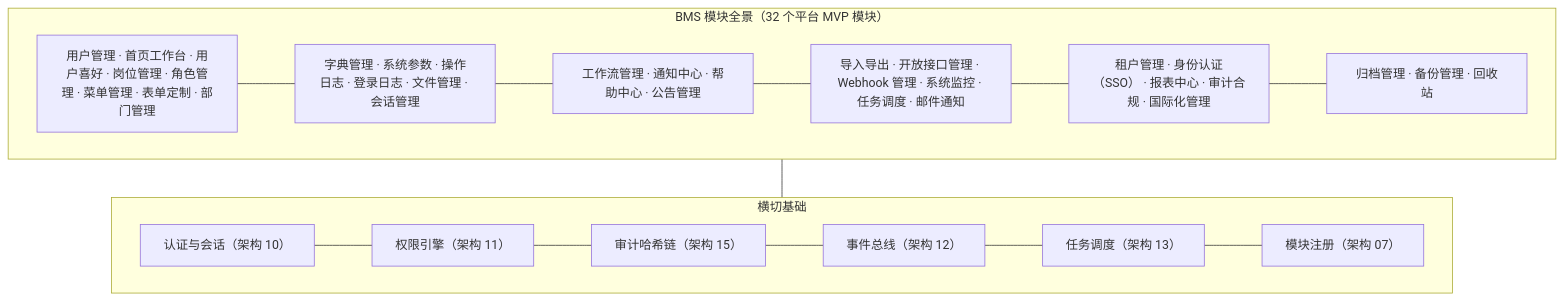
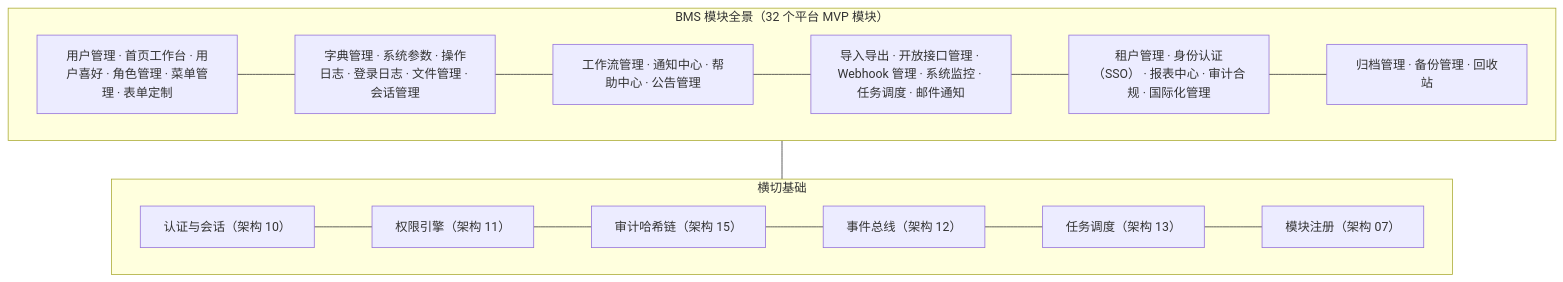
One commit to minjian123/basic-management-system changed the diagram in bms文档/设计/概要设计/01_概要设计_总览.md. Above: the diagram before and after it, drawn with Mermaid. The commit also changed other lines of this file and 41 other files, not shown here.

````diff
--- a/bms文档/设计/概要设计/01_概要设计_总览.md
+++ b/bms文档/设计/概要设计/01_概要设计_总览.md
@@ -108,22 +108,22 @@
 ```mermaid
 graph TD
     subgraph MOD["BMS 模块全景（32 个平台 MVP 模块）"]
-        G1["用户管理 · 首页工作台 · 用户喜好 · 岗位管理 · 角色管理 · 菜单管理 · 表单定制 · 部门管理"]
+        G1["用户管理 · 首页工作台 · 用户喜好 · 角色管理 · 菜单管理 · 表单定制"]
         G4["字典管理 · 系统参数 · 操作日志 · 登录日志 · 文件管理 · 会话管理"]
         G5["工作流管理 · 通知中心 · 帮助中心 · 公告管理"]
         G6["导入导出 · 开放接口管理 · Webhook 管理 · 系统监控 · 任务调度 · 邮件通知"]
         G7["租户管理 · 身份认证（SSO） · 报表中心 · 审计合规 · 国际化管理"]
         G8["归档管理 · 备份管理 · 回收站"]
         G1 --- G4 --- G5 --- G6 --- G7 --- G8
     end
     subgraph CROSS["横切基础"]
         C1["认证与会话（架构 10）"]
         C2["权限引擎（架构 11）"]
         C3["审计哈希链（架构 15）"]
         C4["事件总线（架构 12）"]
         C5["任务调度（架构 13）"]
         C6["模块注册（架构 07）"]
         C1 --- C2 --- C3 --- C4 --- C5 --- C6
     end
     MOD --- CROSS
 ```
````
